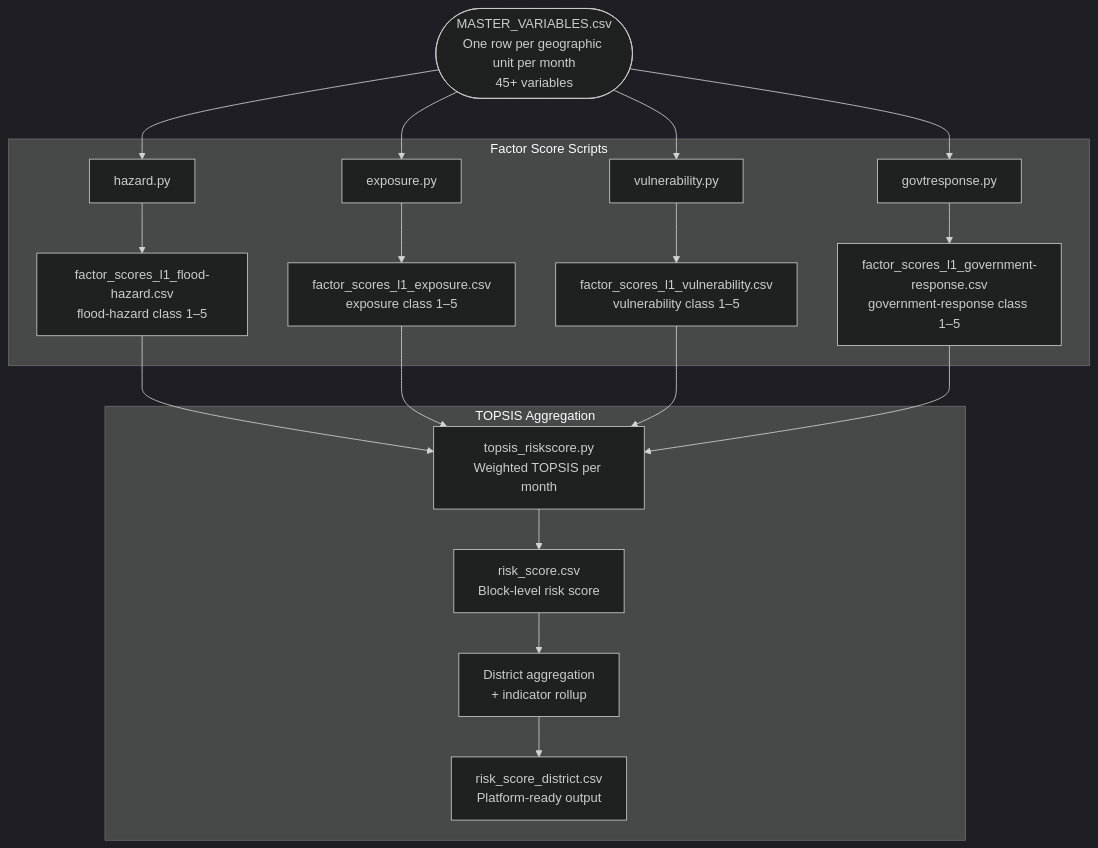
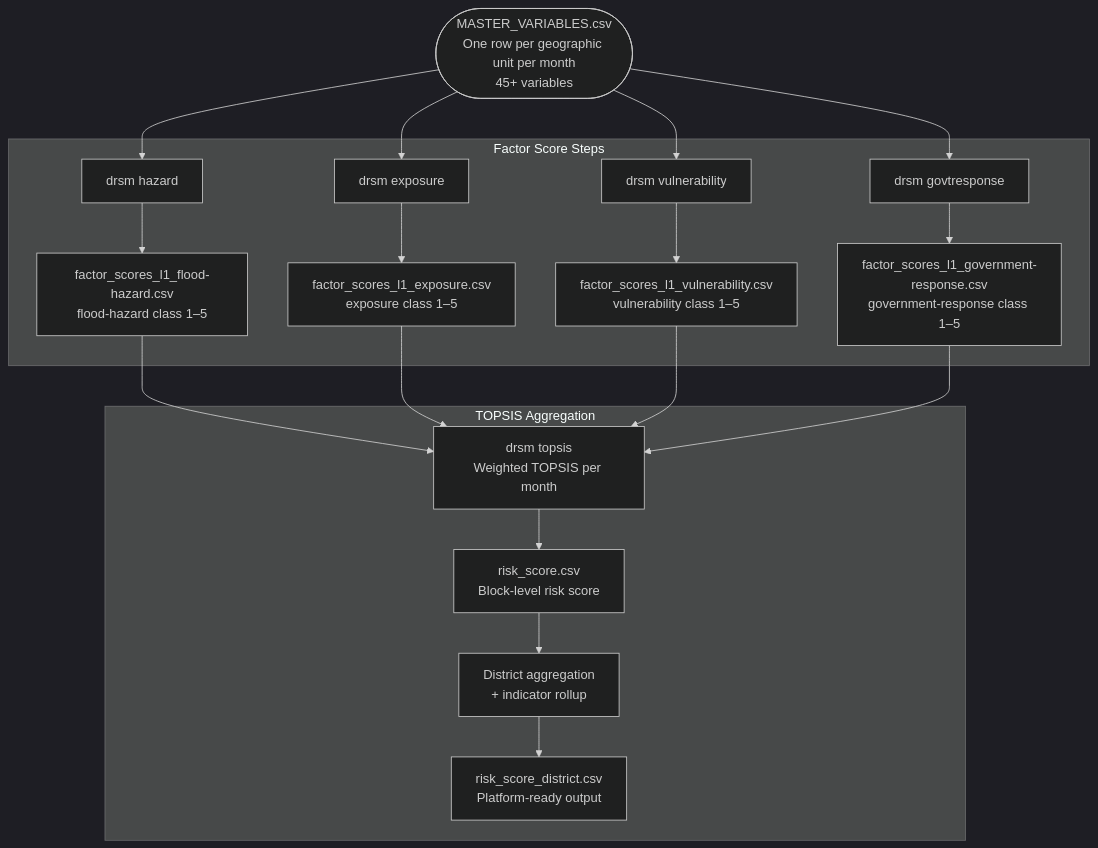
The diagram in docs/README.md (CivicDataLab/risk-score-model-generic), drawn with Mermaid (dark theme) before and after one commit. The commit also changed other lines of this file and 19 other files, not shown here.

````diff
--- a/docs/README.md
+++ b/docs/README.md
@@ -27,23 +30,23 @@
 ```mermaid
 flowchart TD
     A([MASTER_VARIABLES.csv\nOne row per geographic unit per month\n45+ variables]) --> B
 
-    subgraph FactorScores["Factor Score Scripts"]
-        B[hazard.py] --> B1[factor_scores_l1_flood-hazard.csv\nflood-hazard class 1–5]
-        C[exposure.py] --> C1[factor_scores_l1_exposure.csv\nexposure class 1–5]
-        D[vulnerability.py] --> D1[factor_scores_l1_vulnerability.csv\nvulnerability class 1–5]
-        E[govtresponse.py] --> E1[factor_scores_l1_government-response.csv\ngovernment-response class 1–5]
+    subgraph FactorScores["Factor Score Steps"]
+        B[drsm hazard] --> B1[factor_scores_l1_flood-hazard.csv\nflood-hazard class 1–5]
+        C[drsm exposure] --> C1[factor_scores_l1_exposure.csv\nexposure class 1–5]
+        D[drsm vulnerability] --> D1[factor_scores_l1_vulnerability.csv\nvulnerability class 1–5]
+        E[drsm govtresponse] --> E1[factor_scores_l1_government-response.csv\ngovernment-response class 1–5]
     end
 
     A --> C
     A --> D
     A --> E
 
     B1 & C1 & D1 & E1 --> F
 
     subgraph TOPSIS["TOPSIS Aggregation"]
-        F[topsis_riskscore.py\nWeighted TOPSIS per month] --> G[risk_score.csv\nBlock-level risk score]
+        F[drsm topsis\nWeighted TOPSIS per month] --> G[risk_score.csv\nBlock-level risk score]
         G --> H[District aggregation\n+ indicator rollup]
         H --> I[risk_score_district.csv\nPlatform-ready output]
     end
 ```
````
